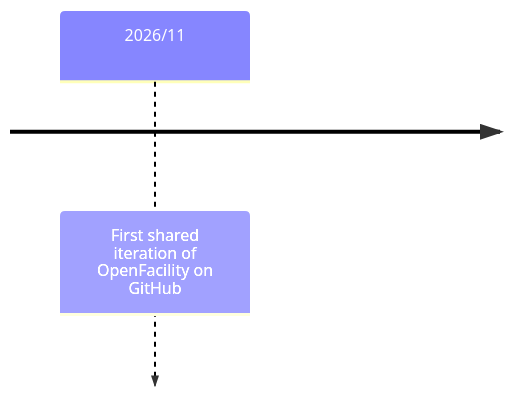
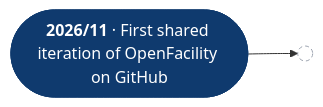
The second of 4 diagrams in profile/README.md (openfacility/.github), drawn with Mermaid before and after one commit.

Commit message:
Draw the timeline point as a small flowchart, without the downward arrow

````diff
--- a/profile/README.md
+++ b/profile/README.md
@@ -59,4 +59,8 @@
 ```mermaid
-timeline
-  2026/11 : First shared iteration of OpenFacility on GitHub
+flowchart LR
+  t1(["<b>2026/11</b> · First shared iteration of OpenFacility on GitHub"]) --> next(( ))
+  classDef done fill:#0f3a6e,stroke:#0f3a6e,color:#ffffff
+  classDef future fill:transparent,stroke:#9ca3af,stroke-dasharray:4 3
+  class t1 done
+  class next future
 ```
````
